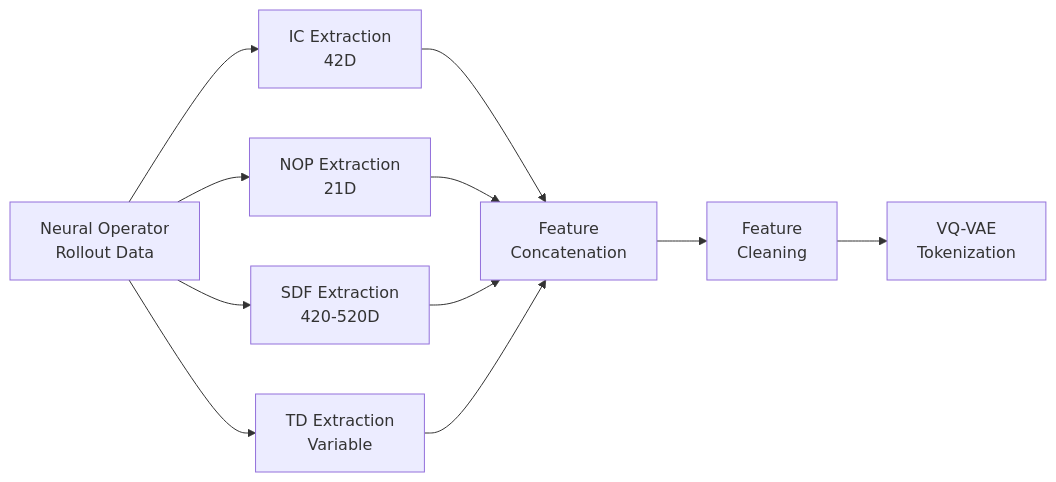
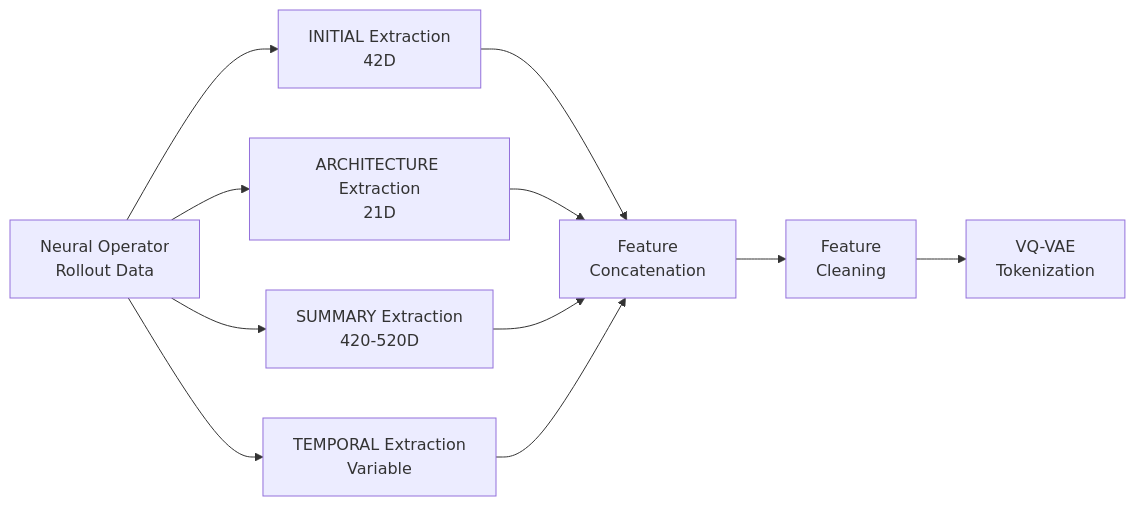
One commit to dgabriele/spinlock changed the diagram in docs/features/README.md. Above: the diagram before and after it, drawn with Mermaid. The commit also changed other lines of this file and 125 other files, not shown here.

````diff
--- a/docs/features/README.md
+++ b/docs/features/README.md
@@ -81,22 +81,22 @@
 ```mermaid
 flowchart LR
     Rollout[Neural Operator<br/>Rollout Data]
-    IC[IC Extraction<br/>42D]
-    NOP[NOP Extraction<br/>21D]
-    SDF[SDF Extraction<br/>420-520D]
-    TD[TD Extraction<br/>Variable]
+    INITIAL[INITIAL Extraction<br/>42D]
+    ARCHITECTURE[ARCHITECTURE Extraction<br/>21D]
+    SUMMARY[SUMMARY Extraction<br/>420-520D]
+    TEMPORAL[TEMPORAL Extraction<br/>Variable]
     Concat[Feature<br/>Concatenation]
     Clean[Feature<br/>Cleaning]
     VQVAE[VQ-VAE<br/>Tokenization]
 
-    Rollout --> IC
-    Rollout --> NOP
-    Rollout --> SDF
-    Rollout --> TD
-    IC --> Concat
-    NOP --> Concat
-    SDF --> Concat
-    TD --> Concat
+    Rollout --> INITIAL
+    Rollout --> ARCHITECTURE
+    Rollout --> SUMMARY
+    Rollout --> TEMPORAL
+    INITIAL --> Concat
+    ARCHITECTURE --> Concat
+    SUMMARY --> Concat
+    TEMPORAL --> Concat
     Concat --> Clean
     Clean --> VQVAE
 ```
````
